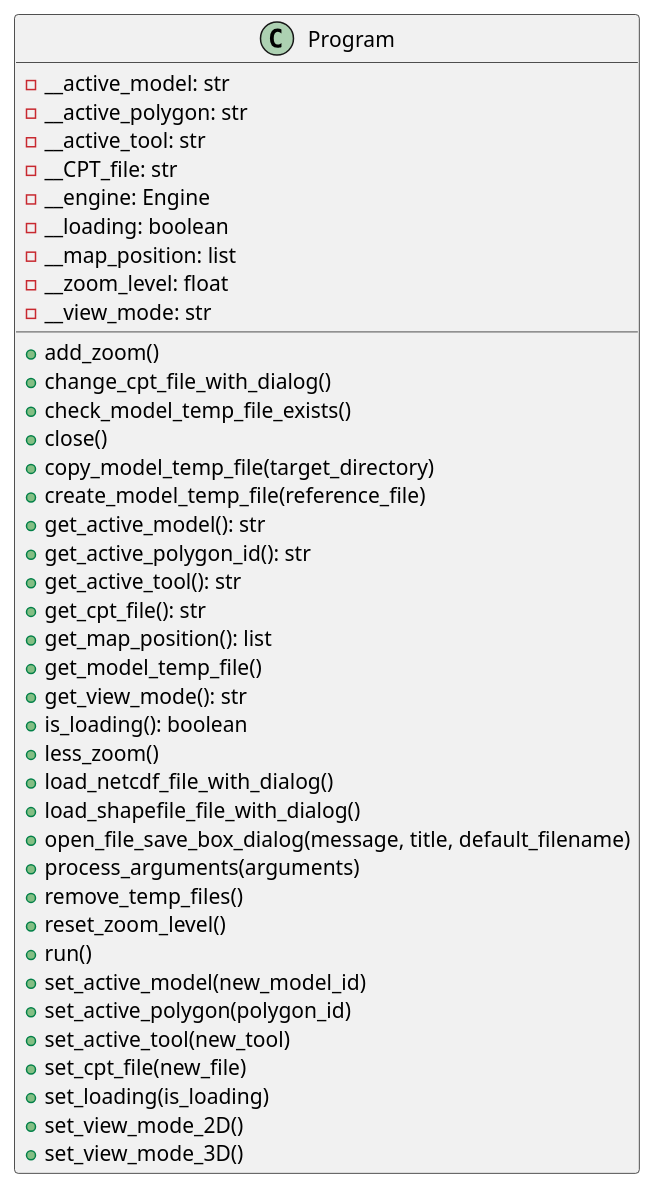
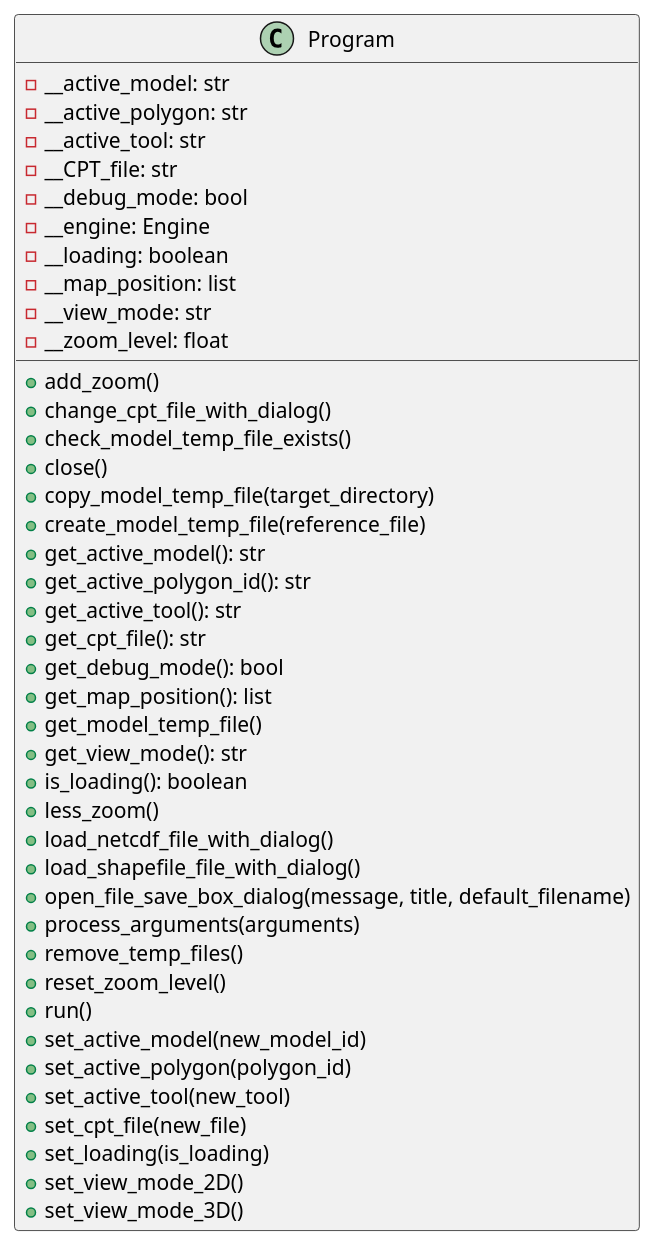
Before and after one commit to ferpoble2/Relief_Creator: the diagram in docs/classes/Program.puml, drawn with PlantUML. The commit also changed 1 other file, not shown here.

Commit message:
Updated class diagrams.

```diff
--- a/docs/classes/Program.puml
+++ b/docs/classes/Program.puml
@@ -1,43 +1,45 @@
 @startuml
 class Program {
     - __active_model: str
     - __active_polygon: str
     - __active_tool: str
     - __CPT_file: str
+    - __debug_mode: bool
     - __engine: Engine
     - __loading: boolean
     - __map_position: list
+    - __view_mode: str
     - __zoom_level: float
-    - __view_mode: str
 
     + add_zoom()
     + change_cpt_file_with_dialog()
     + check_model_temp_file_exists()
     + close()
     + copy_model_temp_file(target_directory)
     + create_model_temp_file(reference_file)
     + get_active_model(): str
     + get_active_polygon_id(): str
     + get_active_tool(): str
     + get_cpt_file(): str
+    + get_debug_mode(): bool
     + get_map_position(): list
     + get_model_temp_file()
     + get_view_mode(): str
     + is_loading(): boolean
     + less_zoom()
     + load_netcdf_file_with_dialog()
     + load_shapefile_file_with_dialog()
     + open_file_save_box_dialog(message, title, default_filename)
     + process_arguments(arguments)
     + remove_temp_files()
     + reset_zoom_level()
     + run()
     + set_active_model(new_model_id)
     + set_active_polygon(polygon_id)
     + set_active_tool(new_tool)
     + set_cpt_file(new_file)
     + set_loading(is_loading)
     + set_view_mode_2D()
     + set_view_mode_3D()
 }
 @enduml
```
